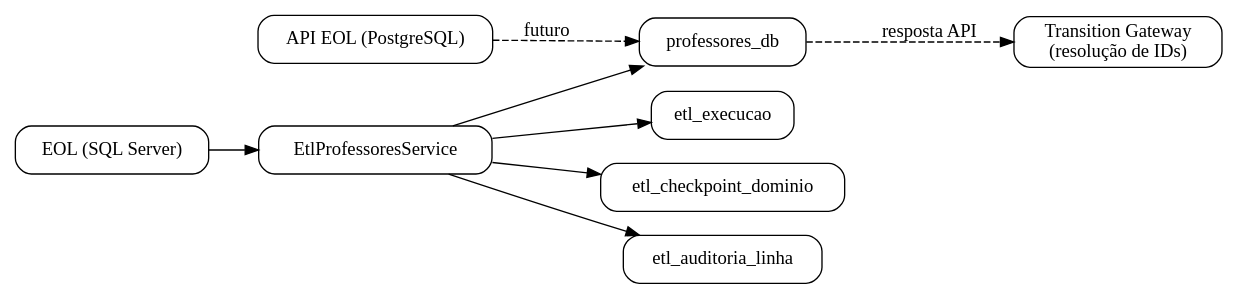
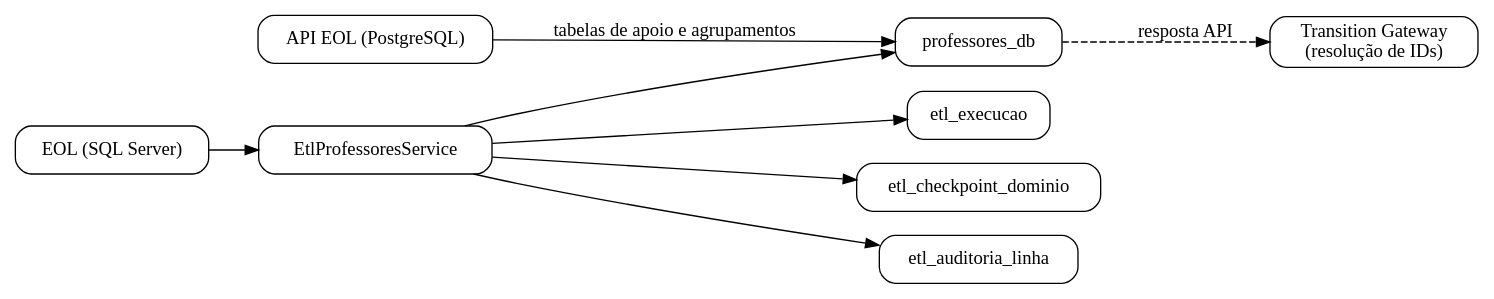
One commit to prefeiturasp/SME-IntegracaoEOL-MS-ETL changed the diagram in docs/arquitetura/der.md. Above: the diagram before and after it, drawn with Graphviz. The commit also changed other lines of this file and 10 other files, not shown here.

````diff
--- a/docs/arquitetura/der.md
+++ b/docs/arquitetura/der.md
@@ -10,22 +10,22 @@
 ```{graphviz}
 digraph G {
     rankdir=LR;
     node [shape=box, style="rounded"];
 
     EOL    [label="EOL (SQL Server)"];
     APIEOL [label="API EOL (PostgreSQL)"];
     SVC    [label="EtlProfessoresService"];
     PROF   [label="professores_db"];
     EXEC   [label="etl_execucao"];
     CHK    [label="etl_checkpoint_dominio"];
     HASH   [label="etl_auditoria_linha"];
     TGW    [label="Transition Gateway\n(resolução de IDs)"];
 
     EOL    -> SVC -> PROF;
-    APIEOL -> PROF [label="futuro" style=dashed];
+    APIEOL -> PROF [label="tabelas de apoio e agrupamentos"];
     SVC    -> EXEC;
     SVC    -> CHK;
     SVC    -> HASH;
     PROF   -> TGW  [style=dashed label="resposta API"];
 }
 ```
````
